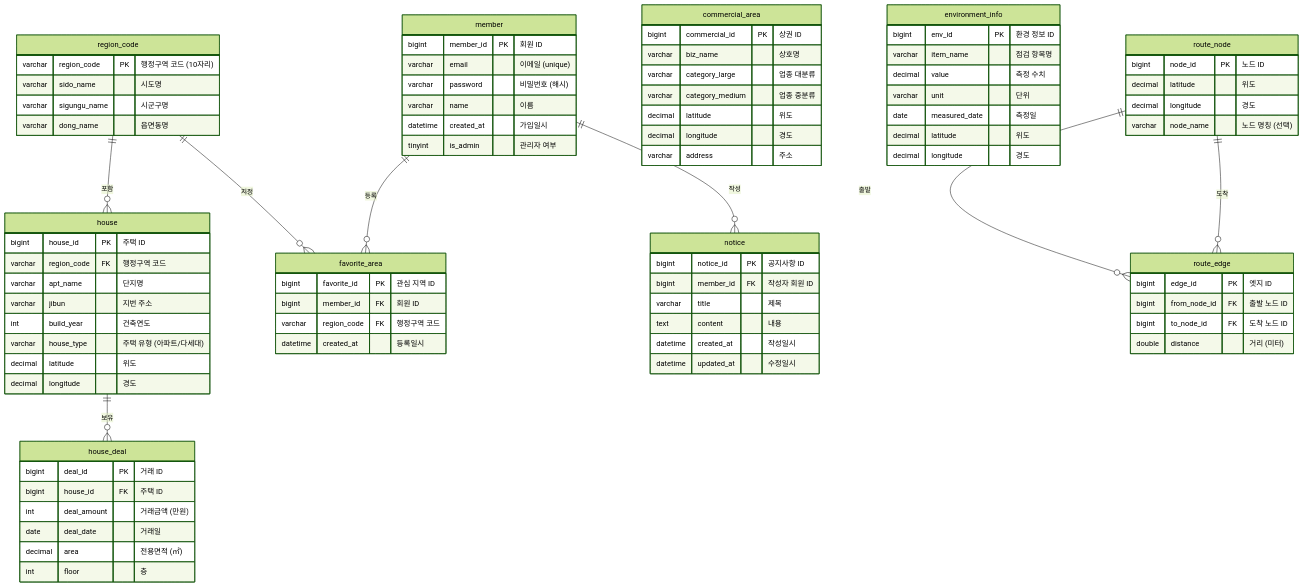
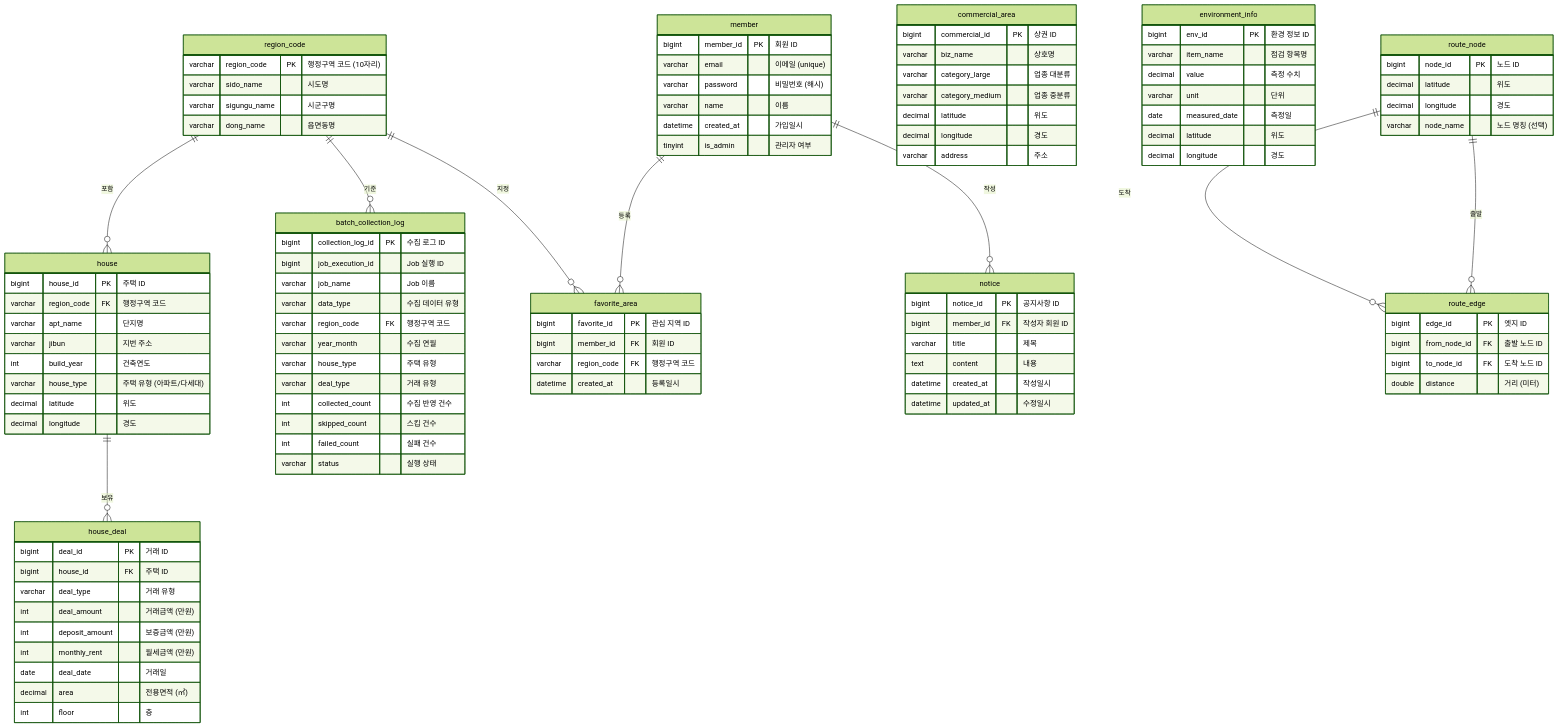
Before and after one commit to farewell-old-creaky-home-always-with-me/ssafy-pjt: the diagram in docs/04_database/erd.md, drawn with Mermaid (forest theme). The commit also changed other lines of this file and 28 other files, not shown here.

````diff
--- a/docs/04_database/erd.md
+++ b/docs/04_database/erd.md
@@ -66,10 +70,28 @@
     house_deal {
         bigint deal_id PK "거래 ID"
         bigint house_id FK "주택 ID"
+        varchar deal_type "거래 유형"
         int deal_amount "거래금액 (만원)"
+        int deposit_amount "보증금액 (만원)"
+        int monthly_rent "월세금액 (만원)"
         date deal_date "거래일"
         decimal area "전용면적 (㎡)"
         int floor "층"
+    }
+
+    batch_collection_log {
+        bigint collection_log_id PK "수집 로그 ID"
+        bigint job_execution_id "Job 실행 ID"
+        varchar job_name "Job 이름"
+        varchar data_type "수집 데이터 유형"
+        varchar region_code FK "행정구역 코드"
+        varchar year_month "수집 연월"
+        varchar house_type "주택 유형"
+        varchar deal_type "거래 유형"
+        int collected_count "수집 반영 건수"
+        int skipped_count "스킵 건수"
+        int failed_count "실패 건수"
+        varchar status "실행 상태"
     }
 
     member {
@@ -136,6 +158,7 @@
     member ||--o{ favorite_area : "등록"
     region_code ||--o{ favorite_area : "지정"
     member ||--o{ notice : "작성"
+    region_code ||--o{ batch_collection_log : "기준"
     route_node ||--o{ route_edge : "출발"
     route_node ||--o{ route_edge : "도착"
 ```
````
